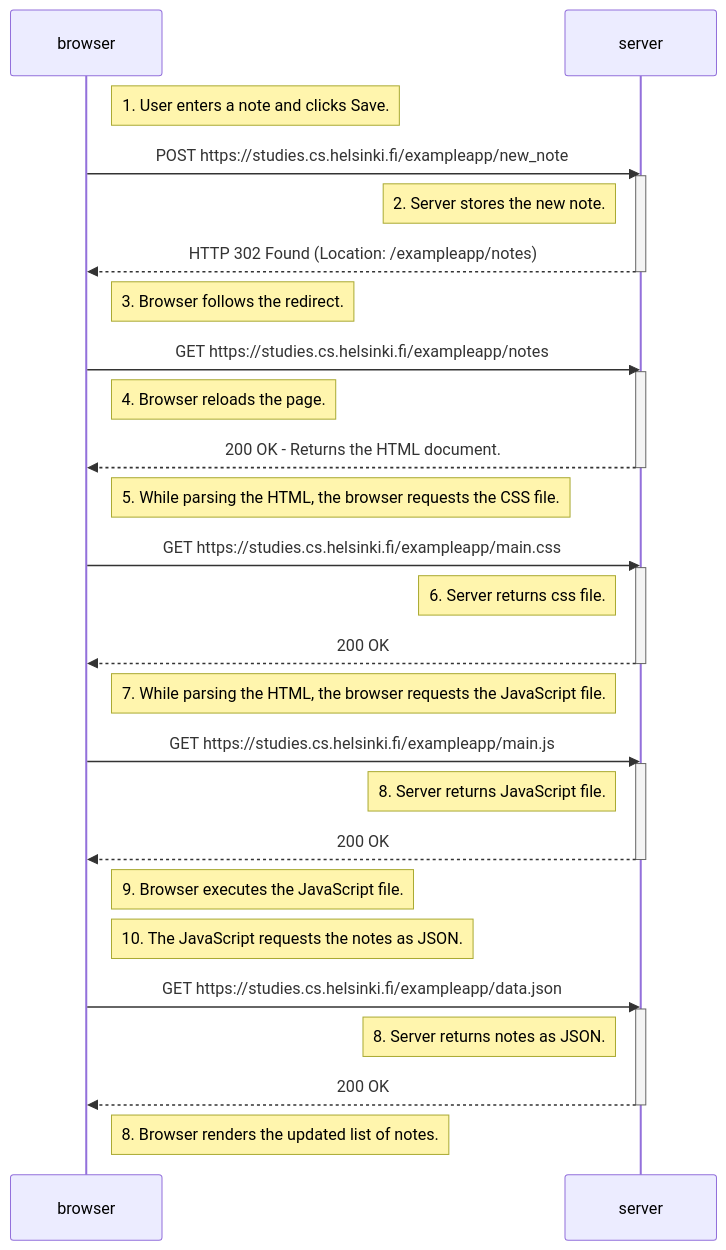
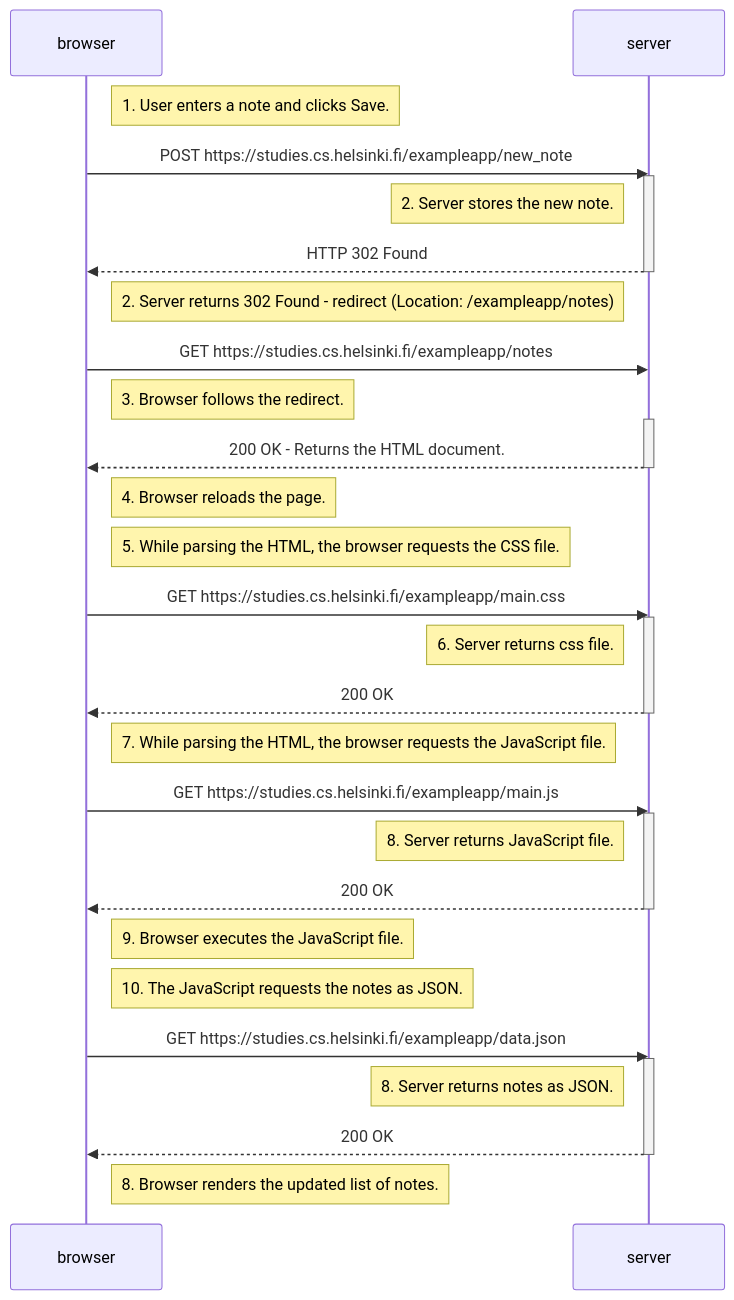
Before and after one commit to DrFinger2/fullstackopen-2026: the diagram in osa0/0.4.md, drawn with Mermaid.

````diff
--- a/osa0/0.4.md
+++ b/osa0/0.4.md
@@ -1,45 +1,47 @@
 ```mermaid
 sequenceDiagram
     participant browser
     participant server
 
     Note right of browser: 1. User enters a note and clicks Save.
     browser->>server: POST https://studies.cs.helsinki.fi/exampleapp/new_note
     activate server
     Note left of server: 2. Server stores the new note.
-    server-->>browser: HTTP 302 Found (Location: /exampleapp/notes)
+    server-->>browser: HTTP 302 Found 
     deactivate server
+    Note left of server: 2. Server returns 302 Found - redirect (Location: /exampleapp/notes)
 
+    
+    browser->>server: GET https://studies.cs.helsinki.fi/exampleapp/notes
      Note right of browser: 3. Browser follows the redirect.
-    browser->>server: GET https://studies.cs.helsinki.fi/exampleapp/notes
+    activate server
     
-    activate server
-    Note right of browser: 4. Browser reloads the page.
     server-->>browser: 200 OK - Returns the HTML document.
     deactivate server
+    Note right of browser: 4. Browser reloads the page.
     
 
     Note right of browser: 5. While parsing the HTML, the browser requests the CSS file.
     browser->>server: GET https://studies.cs.helsinki.fi/exampleapp/main.css
     activate server
     Note left of server: 6. Server returns css file.
     server-->>browser: 200 OK
     deactivate server
 
     Note right of browser: 7. While parsing the HTML, the browser requests the JavaScript file.
     browser->>server: GET https://studies.cs.helsinki.fi/exampleapp/main.js
     activate server
     Note left of server: 8. Server returns JavaScript file.
     server-->>browser: 200 OK
     deactivate server
 
     Note right of browser: 9. Browser executes the JavaScript file.
     Note right of browser: 10. The JavaScript requests the notes as JSON.
     browser->>server: GET https://studies.cs.helsinki.fi/exampleapp/data.json
     activate server
     Note left of server: 8. Server returns notes as JSON.
     server-->>browser: 200 OK
     deactivate server
 
     Note right of browser: 8. Browser renders the updated list of notes.
 ```
````
